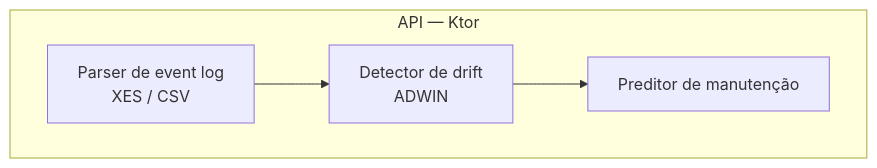
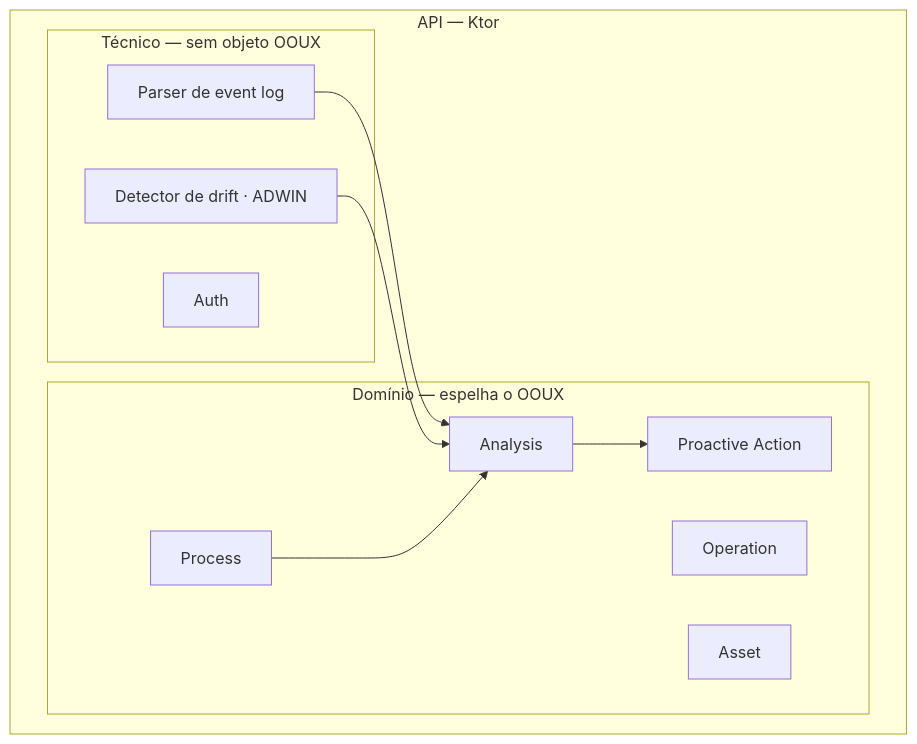
The third of 5 diagrams in architecture/arc42.md (aland3r/deviante-docs), drawn with Mermaid before and after one commit. The commit also changed other lines of this file, not shown here.

Commit message:
restructure arc42 §5 building blocks to mirror ooux objects + technical blocks

````diff
--- a/architecture/arc42.md
+++ b/architecture/arc42.md
@@ -89,9 +94,21 @@
 ```mermaid
 flowchart TB
     subgraph API["API — Ktor"]
-        parser["Parser de event log<br/>XES / CSV"]
-        detector["Detector de drift<br/>ADWIN"]
-        predictor["Preditor de manutenção"]
+        subgraph dominio["Domínio — espelha o OOUX"]
+            process["Process"]
+            operation["Operation"]
+            asset["Asset"]
+            analysis["Analysis"]
+            action["Proactive Action"]
+        end
+        subgraph tecnico["Técnico — sem objeto OOUX"]
+            parser["Parser de event log"]
+            detector["Detector de drift · ADWIN"]
+            auth["Auth"]
+        end
     end
-    parser --> detector --> predictor
+    parser --> analysis
+    detector --> analysis
+    analysis --> action
+    process --> analysis
 ```
````
